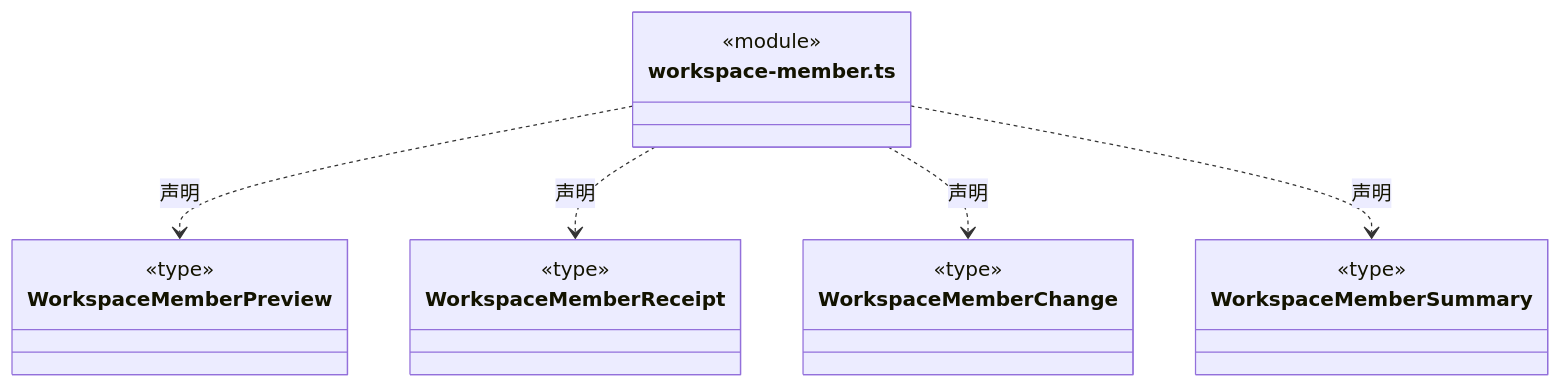
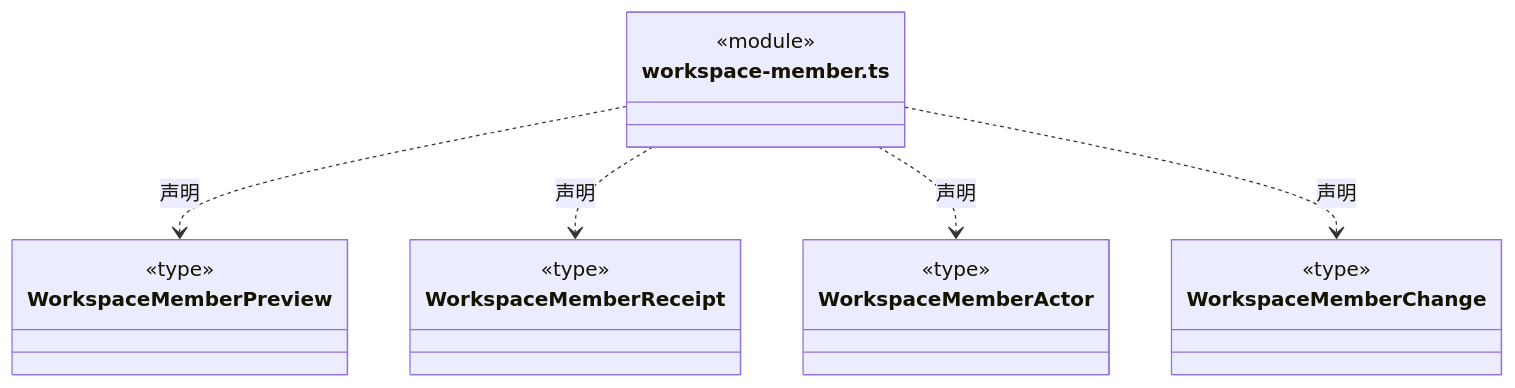
One commit to nan023062/cbim changed diagram 27 of 33 in src/backend/core/team/ARCHITECTURE.md. Above: the diagram before and after it, drawn with Mermaid. The commit also changed other lines of this file and 29 other files, not shown here.

Commit message:
feat(team): enable governed main-agent member changes (#36)

````diff
--- a/src/backend/core/team/ARCHITECTURE.md
+++ b/src/backend/core/team/ARCHITECTURE.md
@@ -611,26 +650,26 @@
 ```mermaid
 classDiagram
 class N_src_backend_core_team_workspace_member_ts["workspace-member.ts"] {
   <<module>>
 }
 class N_src_backend_core_team_workspace_member_ts_WorkspaceMemberPreview["WorkspaceMemberPreview"] {
   <<type>>
 
 }
 N_src_backend_core_team_workspace_member_ts ..> N_src_backend_core_team_workspace_member_ts_WorkspaceMemberPreview : 声明
 class N_src_backend_core_team_workspace_member_ts_WorkspaceMemberReceipt["WorkspaceMemberReceipt"] {
   <<type>>
 
 }
 N_src_backend_core_team_workspace_member_ts ..> N_src_backend_core_team_workspace_member_ts_WorkspaceMemberReceipt : 声明
+class N_src_backend_core_team_workspace_member_ts_WorkspaceMemberActor["WorkspaceMemberActor"] {
+  <<type>>
+
+}
+N_src_backend_core_team_workspace_member_ts ..> N_src_backend_core_team_workspace_member_ts_WorkspaceMemberActor : 声明
 class N_src_backend_core_team_workspace_member_ts_WorkspaceMemberChange["WorkspaceMemberChange"] {
   <<type>>
 
 }
 N_src_backend_core_team_workspace_member_ts ..> N_src_backend_core_team_workspace_member_ts_WorkspaceMemberChange : 声明
-class N_src_backend_core_team_workspace_member_ts_WorkspaceMemberSummary["WorkspaceMemberSummary"] {
-  <<type>>
-
-}
-N_src_backend_core_team_workspace_member_ts ..> N_src_backend_core_team_workspace_member_ts_WorkspaceMemberSummary : 声明
 ```
````
